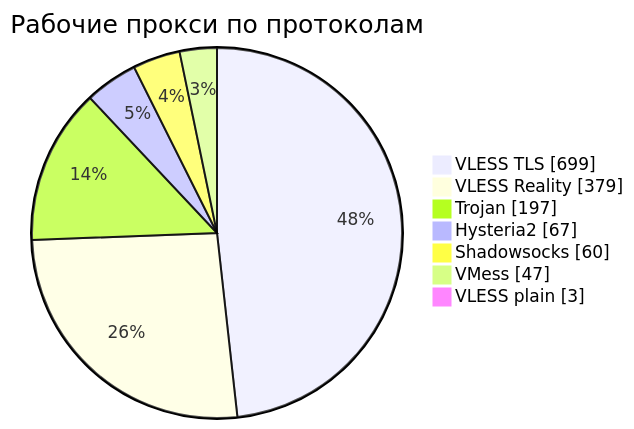
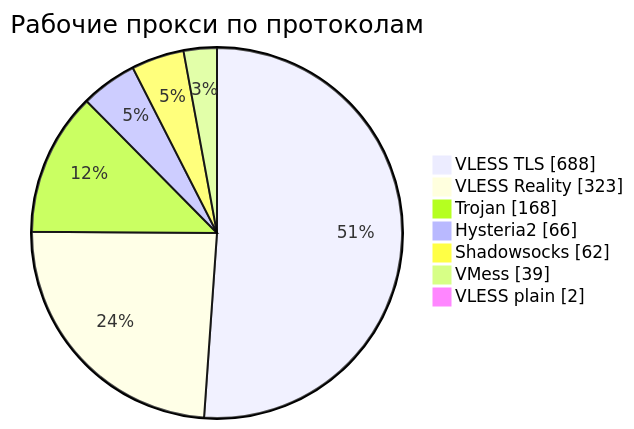
Before and after one commit to rvvg/proxy-subs: the third of 4 diagrams in README.md, drawn with Mermaid. The commit also changed other lines of this file and 53 other files, not shown here.

````diff
--- a/README.md
+++ b/README.md
@@ -139,11 +137,11 @@
 ```mermaid
 pie showData
     title Рабочие прокси по протоколам
-    "VLESS TLS" : 699
-    "VLESS Reality" : 379
-    "Trojan" : 197
-    "Hysteria2" : 67
-    "Shadowsocks" : 60
-    "VMess" : 47
-    "VLESS plain" : 3
+    "VLESS TLS" : 688
+    "VLESS Reality" : 323
+    "Trojan" : 168
+    "Hysteria2" : 66
+    "Shadowsocks" : 62
+    "VMess" : 39
+    "VLESS plain" : 2
 ```
````
